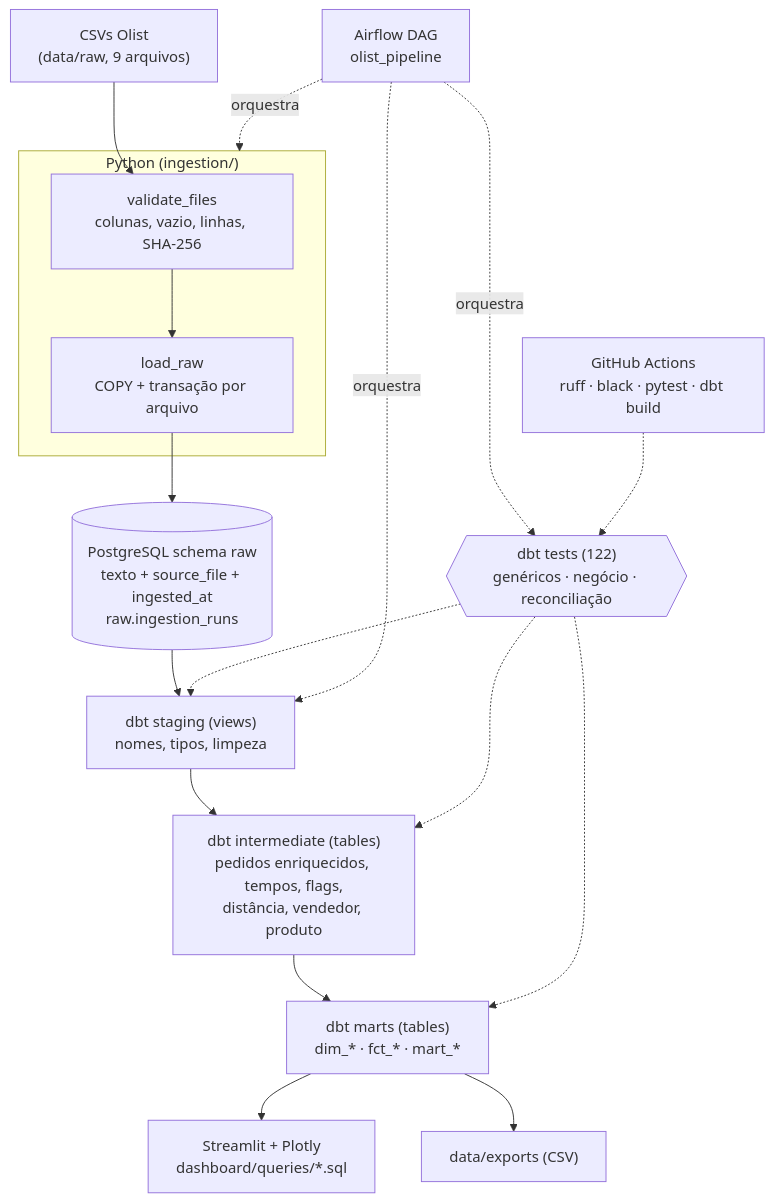
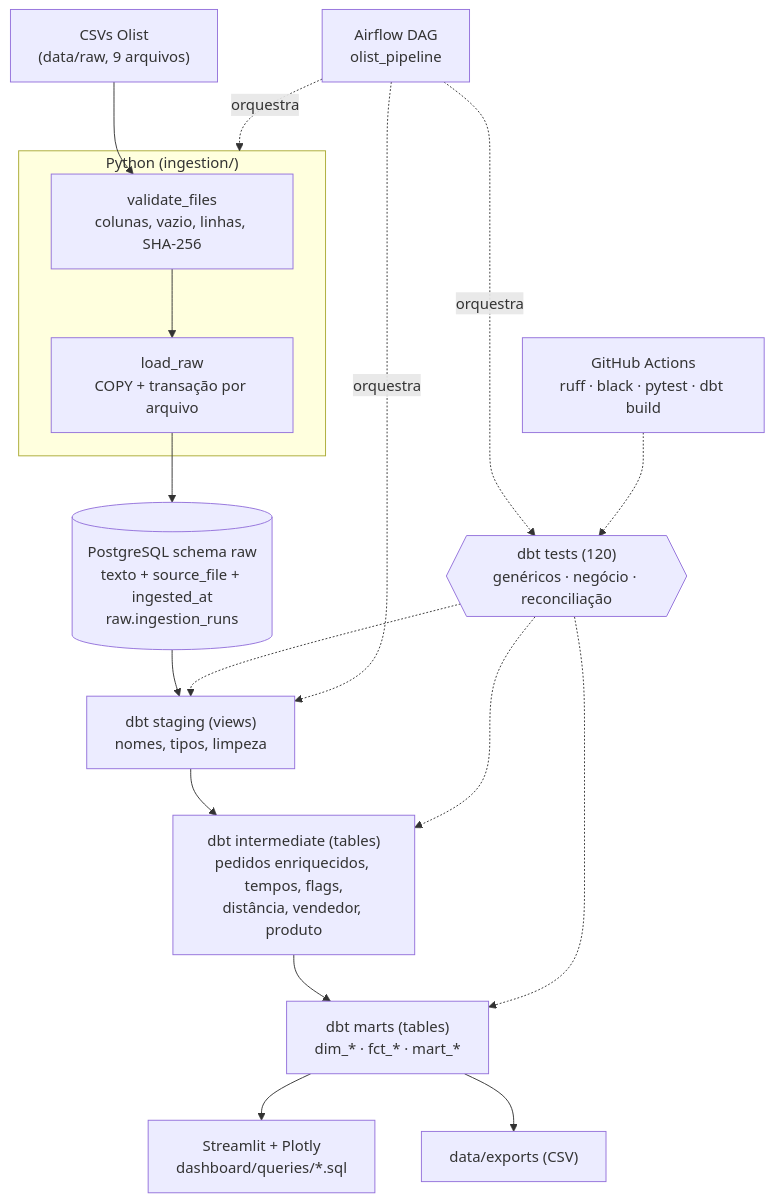
The diagram in docs/architecture.md (CarlosHenriqueCMoreira/Olist-Commerce-Data-Platform), drawn with Mermaid before and after one commit. The commit also changed 21 other files, not shown here.

````diff
--- a/docs/architecture.md
+++ b/docs/architecture.md
@@ -3,20 +3,20 @@
 ```mermaid
 flowchart TD
     CSV["CSVs Olist<br/>(data/raw, 9 arquivos)"] --> ING
     subgraph PY["Python (ingestion/)"]
         ING["validate_files<br/>colunas, vazio, linhas, SHA-256"] --> LOAD["load_raw<br/>COPY + transação por arquivo"]
     end
     LOAD --> RAW[("PostgreSQL schema raw<br/>texto + source_file + ingested_at<br/>raw.ingestion_runs")]
     RAW --> STG["dbt staging (views)<br/>nomes, tipos, limpeza"]
     STG --> INT["dbt intermediate (tables)<br/>pedidos enriquecidos, tempos, flags,<br/>distância, vendedor, produto"]
     INT --> MARTS["dbt marts (tables)<br/>dim_* · fct_* · mart_*"]
     MARTS --> DASH["Streamlit + Plotly<br/>dashboard/queries/*.sql"]
     MARTS --> EXP["data/exports (CSV)"]
-    TESTS{{"dbt tests (122)<br/>genéricos · negócio · reconciliação"}} -.-> STG
+    TESTS{{"dbt tests (120)<br/>genéricos · negócio · reconciliação"}} -.-> STG
     TESTS -.-> INT
     TESTS -.-> MARTS
     AF["Airflow DAG<br/>olist_pipeline"] -.orquestra.-> PY
     AF -.orquestra.-> STG
     AF -.orquestra.-> TESTS
     CI["GitHub Actions<br/>ruff · black · pytest · dbt build"] -.-> TESTS
 ```
````
